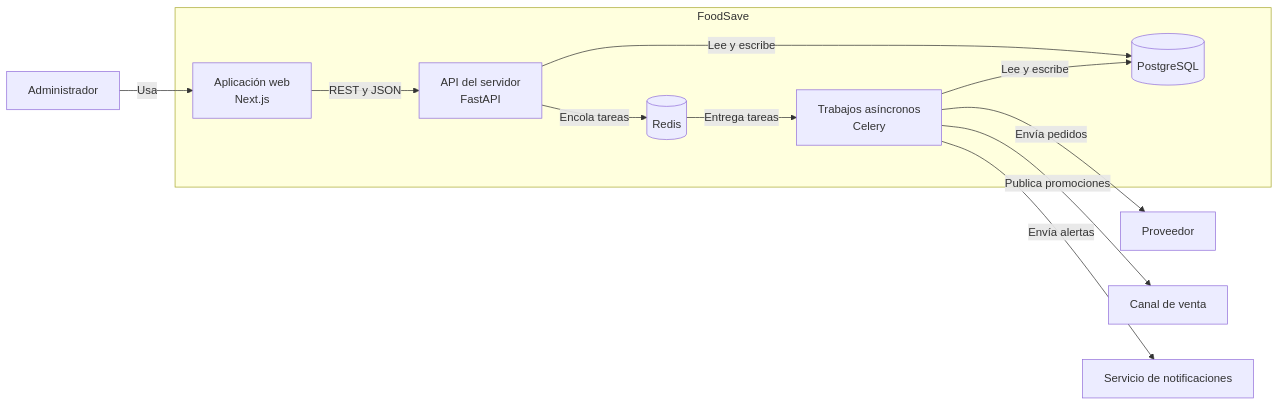
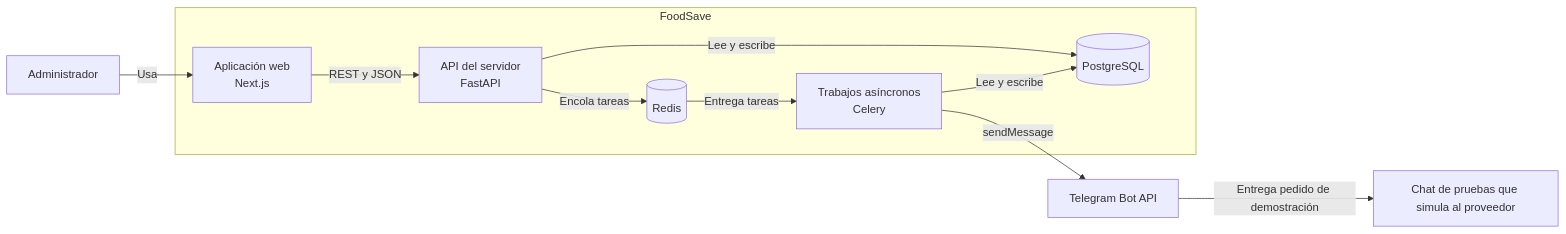
The diagram in docs/arquitectura/c4/contenedores.md (AXL031/savefood_automatizacion), drawn with Mermaid before and after one commit. The commit also changed other lines of this file and 265 other files, not shown here.

````diff
--- a/docs/arquitectura/c4/contenedores.md
+++ b/docs/arquitectura/c4/contenedores.md
@@ -5,25 +5,23 @@
 ```mermaid
 flowchart LR
     administrador[Administrador]
-    proveedor[Proveedor]
-    canal[Canal de venta]
-    avisos[Servicio de notificaciones]
+    telegram[Telegram Bot API]
+    proveedor[Chat de pruebas que simula al proveedor]
 
     subgraph FoodSave
         interfaz[Aplicación web<br/>Next.js]
         api[API del servidor<br/>FastAPI]
         trabajador[Trabajos asíncronos<br/>Celery]
         base[(PostgreSQL)]
         cola[(Redis)]
     end
 
     administrador -->|Usa| interfaz
     interfaz -->|REST y JSON| api
     api -->|Lee y escribe| base
     api -->|Encola tareas| cola
     cola -->|Entrega tareas| trabajador
     trabajador -->|Lee y escribe| base
-    trabajador -->|Envía pedidos| proveedor
-    trabajador -->|Publica promociones| canal
-    trabajador -->|Envía alertas| avisos
+    trabajador -->|sendMessage| telegram
+    telegram -->|Entrega pedido de demostración| proveedor
 ```
````
